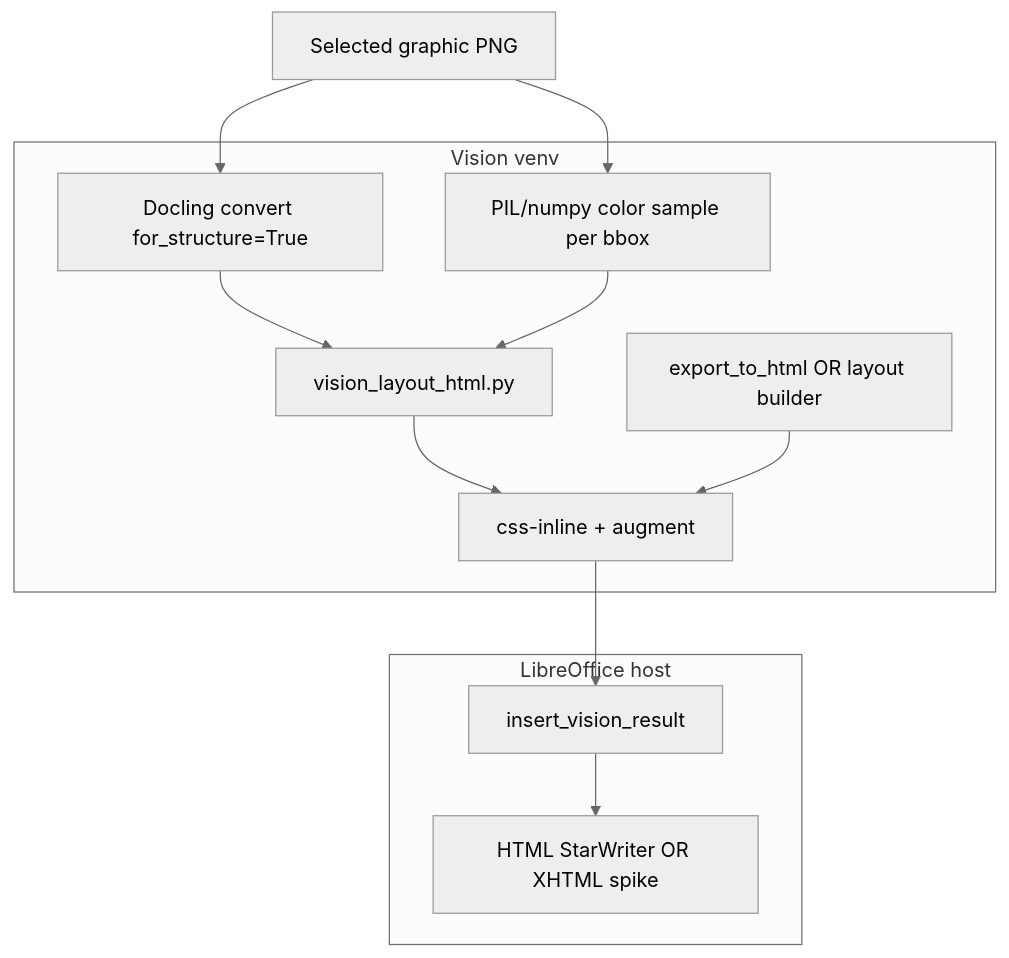
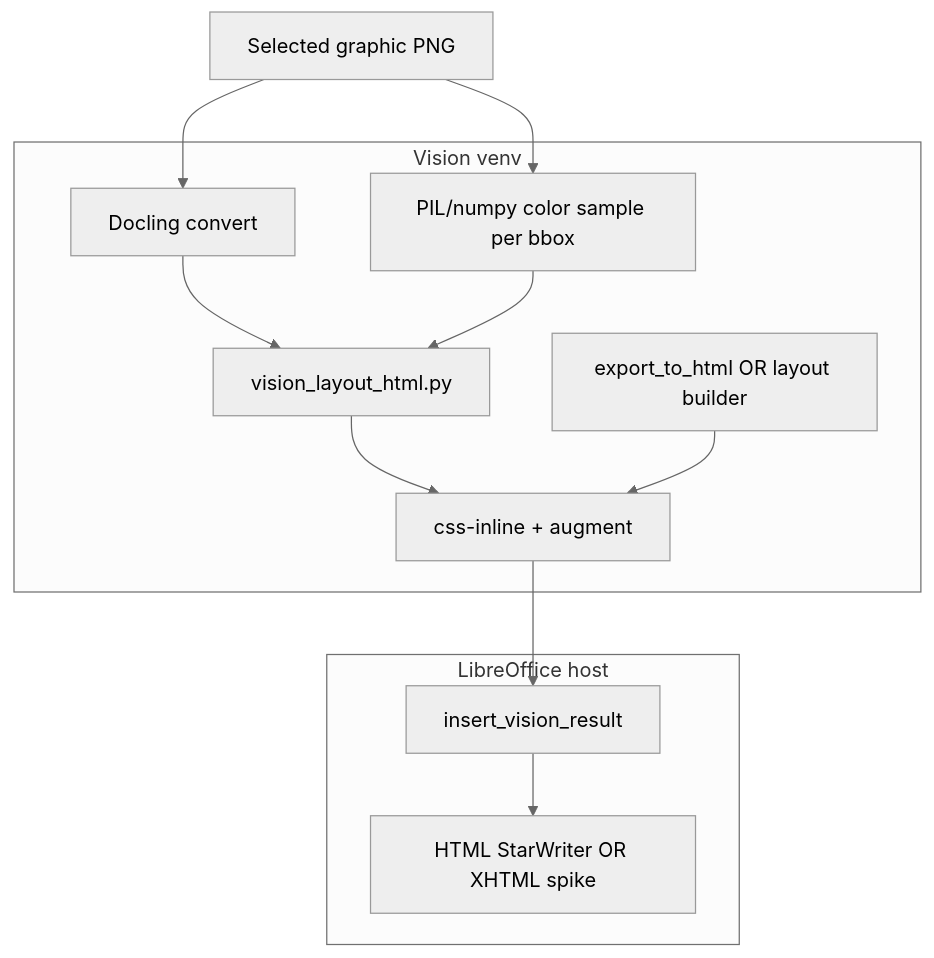
One commit to KeithCu/writeragent changed the third of 3 diagrams in docs/images/recognition.md. Above: the diagram before and after it, drawn with Mermaid (neutral theme). The commit also changed other lines of this file and 23 other files, not shown here.

````diff
--- a/docs/images/recognition.md
+++ b/docs/images/recognition.md
@@ -970,21 +981,21 @@
 ```mermaid
 flowchart TD
   subgraph venv [Vision venv]
-    Docling[Docling convert for_structure=True]
+    Docling[Docling convert]
     Export[export_to_html OR layout builder]
     Sample[PIL/numpy color sample per bbox]
     Layout[vision_layout_html.py]
     Inline[css-inline + augment]
   end
   subgraph host [LibreOffice host]
     Egress[insert_vision_result]
     SW[HTML StarWriter OR XHTML spike]
   end
   PNG[Selected graphic PNG] --> Docling
   PNG --> Sample
   Docling --> Layout
   Sample --> Layout
   Layout --> Inline
   Export --> Inline
   Inline --> Egress --> SW
 ```
````
